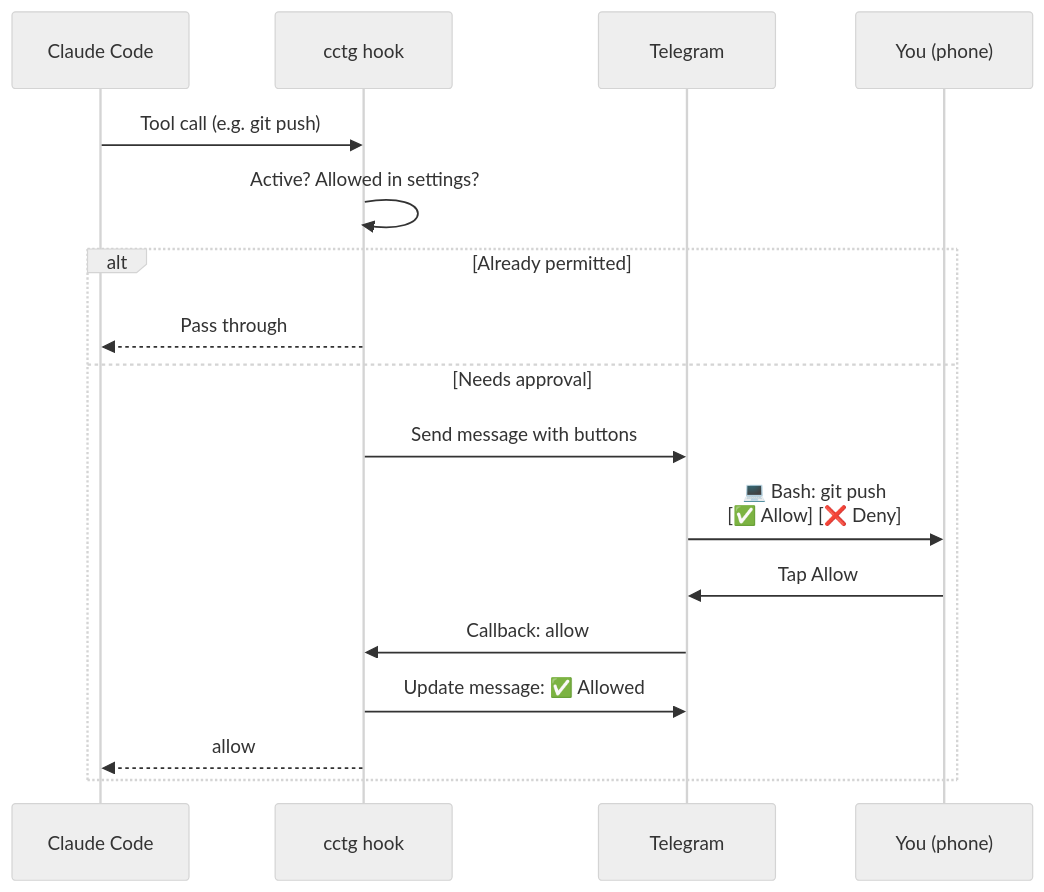
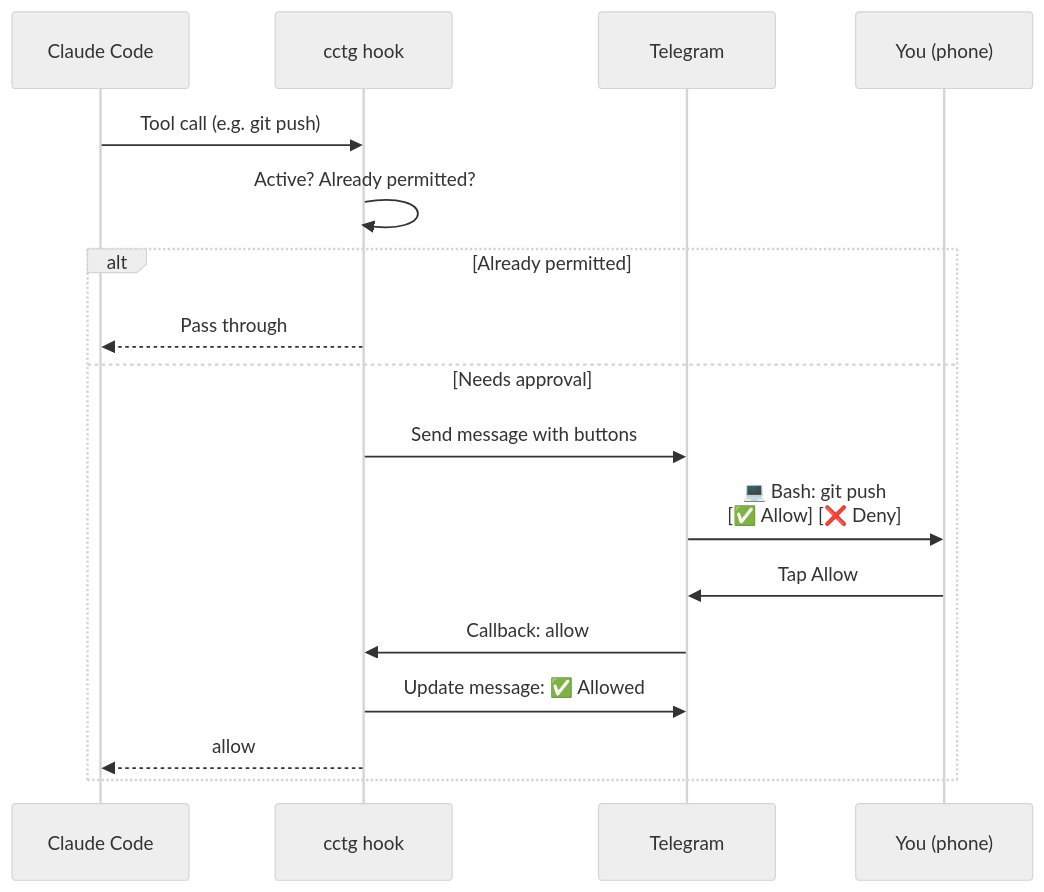
The first of 2 diagrams in README.md (laveez/cctg), drawn with Mermaid (neutral theme) before and after one commit. The commit also changed other lines of this file and 2 other files, not shown here.

````diff
--- a/README.md
+++ b/README.md
@@ -7,21 +19,21 @@
 ```mermaid
 sequenceDiagram
     participant C as Claude Code
     participant H as cctg hook
     participant T as Telegram
     participant U as You (phone)
 
     C->>H: Tool call (e.g. git push)
-    H->>H: Active? Allowed in settings?
+    H->>H: Active? Already permitted?
 
     alt Already permitted
         H-->>C: Pass through
     else Needs approval
         H->>T: Send message with buttons
         T->>U: 💻 Bash: git push<br/>[✅ Allow] [❌ Deny]
         U->>T: Tap Allow
         T->>H: Callback: allow
         H->>T: Update message: ✅ Allowed
         H-->>C: allow
     end
 ```
````
